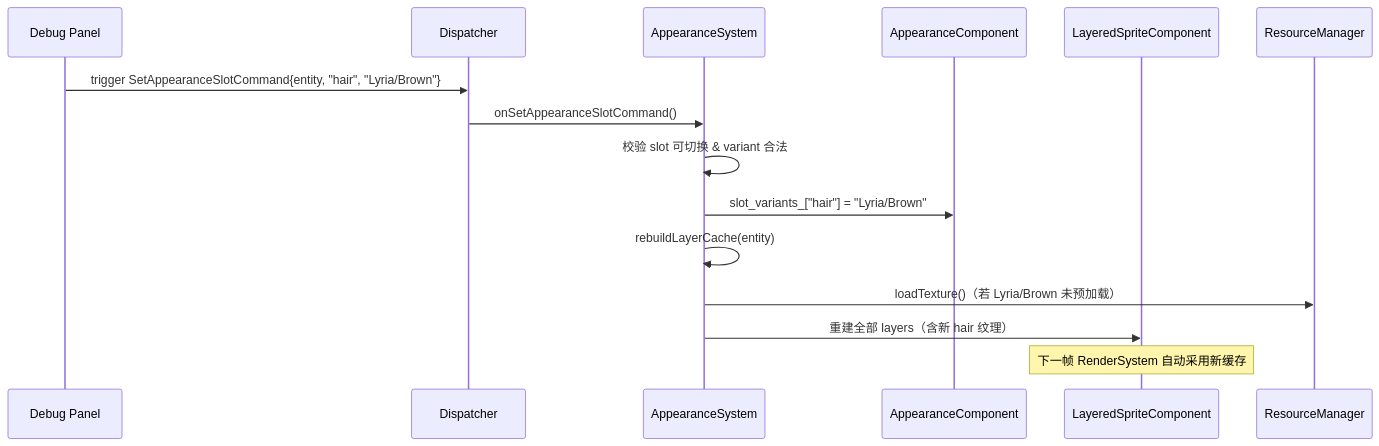
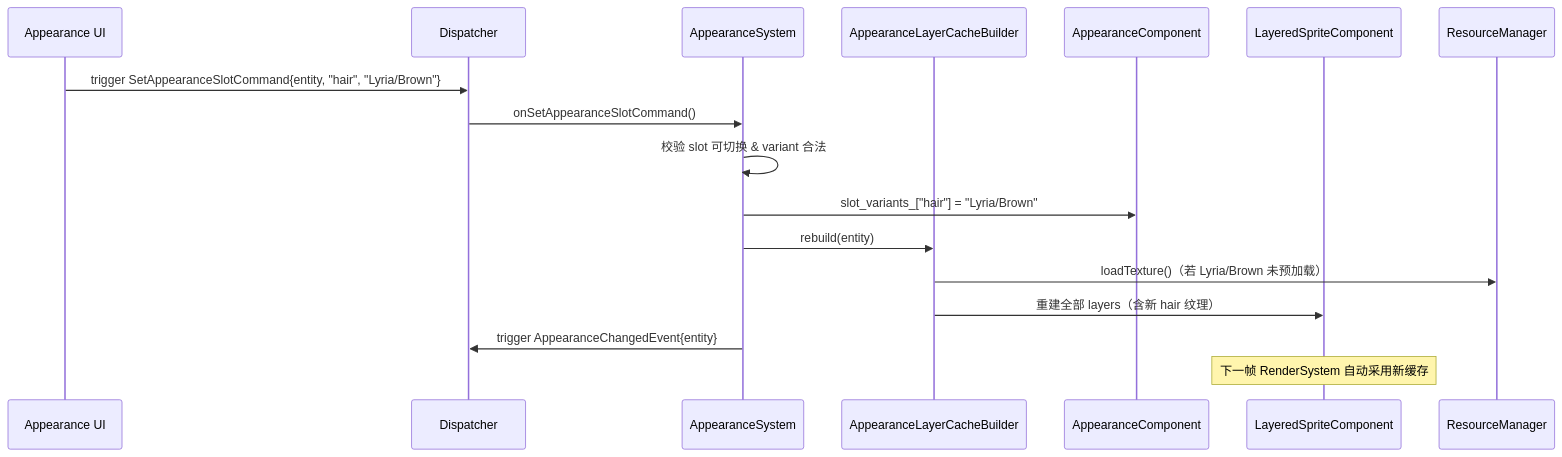
One commit to WispSnow/TinyFarmRPG changed the third of 7 diagrams in docs/gameplay/layered-appearance.md. Above: the diagram before and after it, drawn with Mermaid. The commit also changed other lines of this file and 17 other files, not shown here.

````diff
--- a/docs/gameplay/layered-appearance.md
+++ b/docs/gameplay/layered-appearance.md
@@ -104,18 +111,20 @@
 ```mermaid
 sequenceDiagram
-    participant UI as Debug Panel
+    participant UI as Appearance UI
     participant D as Dispatcher
     participant AS as AppearanceSystem
+    participant ALC as AppearanceLayerCacheBuilder
     participant AC as AppearanceComponent
     participant LSC as LayeredSpriteComponent
     participant RM as ResourceManager
 
     UI->>D: trigger SetAppearanceSlotCommand{entity, "hair", "Lyria/Brown"}
     D->>AS: onSetAppearanceSlotCommand()
     AS->>AS: 校验 slot 可切换 & variant 合法
     AS->>AC: slot_variants_["hair"] = "Lyria/Brown"
-    AS->>AS: rebuildLayerCache(entity)
-    AS->>RM: loadTexture()（若 Lyria/Brown 未预加载）
-    AS->>LSC: 重建全部 layers（含新 hair 纹理）
+    AS->>ALC: rebuild(entity)
+    ALC->>RM: loadTexture()（若 Lyria/Brown 未预加载）
+    ALC->>LSC: 重建全部 layers（含新 hair 纹理）
+    AS->>D: trigger AppearanceChangedEvent{entity}
     Note over LSC: 下一帧 RenderSystem 自动采用新缓存
 ```
````
